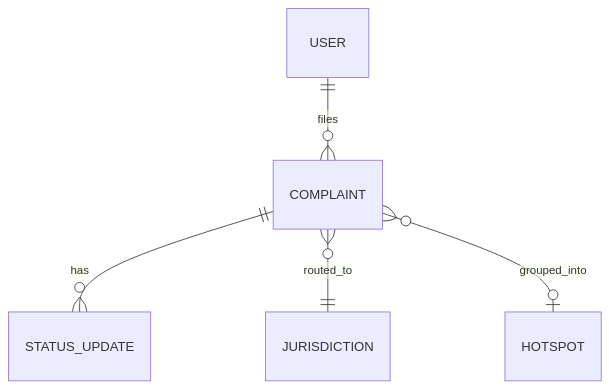
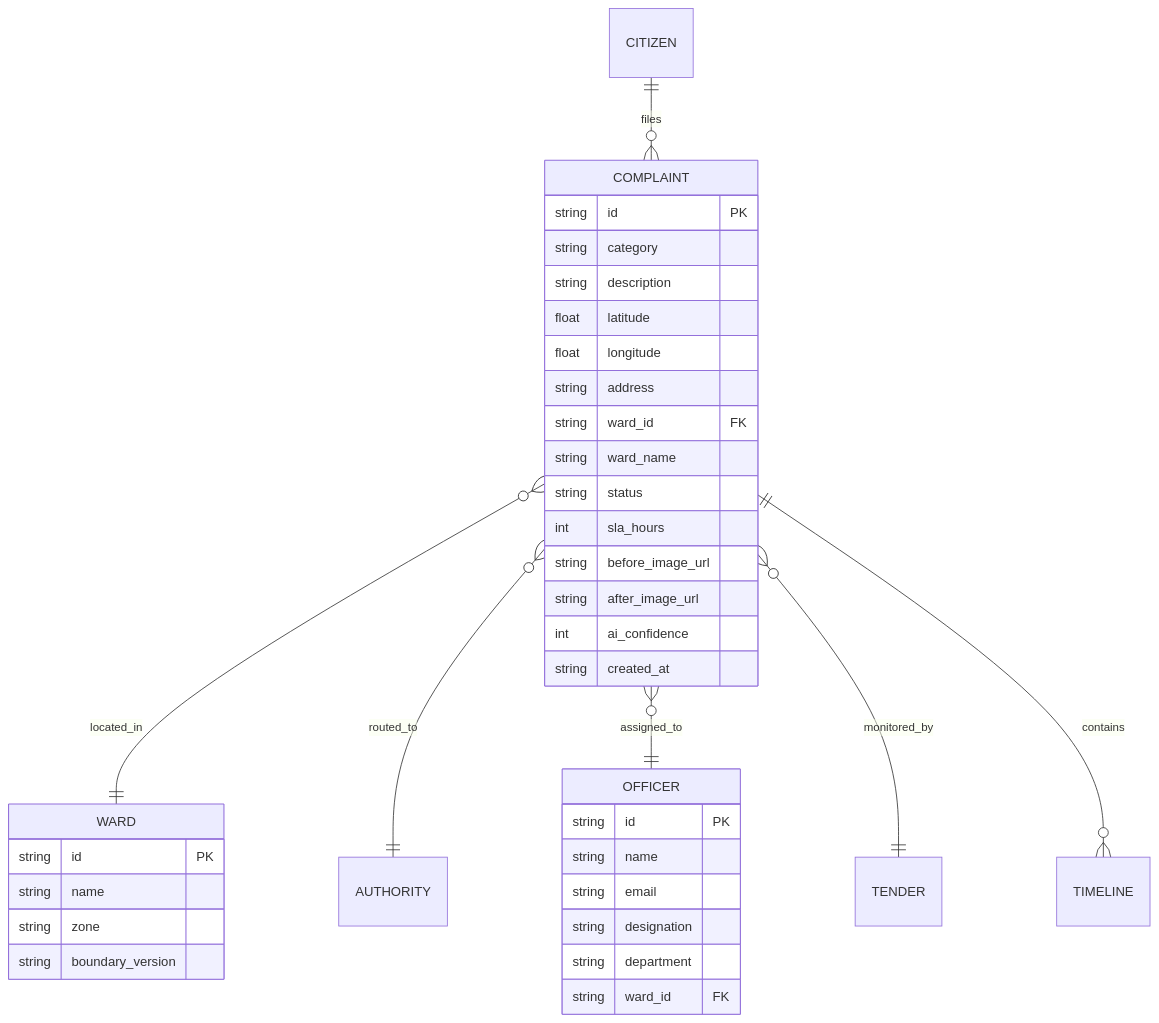
Before and after one commit to sujal05091/HM26-02AE-POWER-RANGERS: the second of 2 diagrams in docs/architecture.md, drawn with Mermaid. The commit also changed other lines of this file and 123 other files, not shown here.

````diff
--- a/docs/architecture.md
+++ b/docs/architecture.md
@@ -41,7 +76,42 @@
 ```mermaid
 erDiagram
-    COMPLAINT ||--o{ STATUS_UPDATE : has
-    COMPLAINT }o--|| JURISDICTION : routed_to
-    COMPLAINT }o--o| HOTSPOT : grouped_into
-    USER ||--o{ COMPLAINT : files
+    CITIZEN ||--o{ COMPLAINT : files
+    COMPLAINT }o--|| WARD : located_in
+    COMPLAINT }o--|| AUTHORITY : routed_to
+    COMPLAINT }o--|| OFFICER : assigned_to
+    COMPLAINT }o--|| TENDER : monitored_by
+    COMPLAINT ||--o{ TIMELINE : contains
+
+    COMPLAINT {
+        string id PK
+        string category
+        string description
+        float latitude
+        float longitude
+        string address
+        string ward_id FK
+        string ward_name
+        string status
+        int sla_hours
+        string before_image_url
+        string after_image_url
+        int ai_confidence
+        string created_at
+    }
+
+    OFFICER {
+        string id PK
+        string name
+        string email
+        string designation
+        string department
+        string ward_id FK
+    }
+
+    WARD {
+        string id PK
+        string name
+        string zone
+        string boundary_version
+    }
 ```
````
